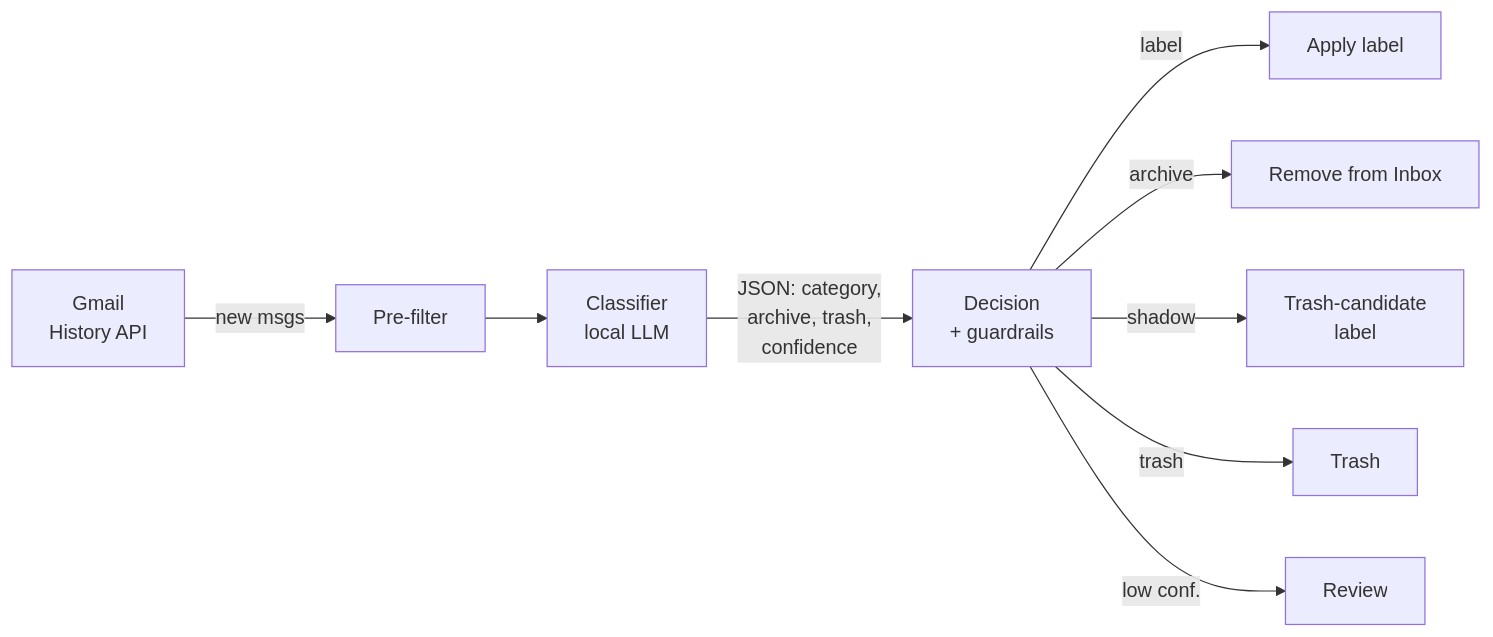
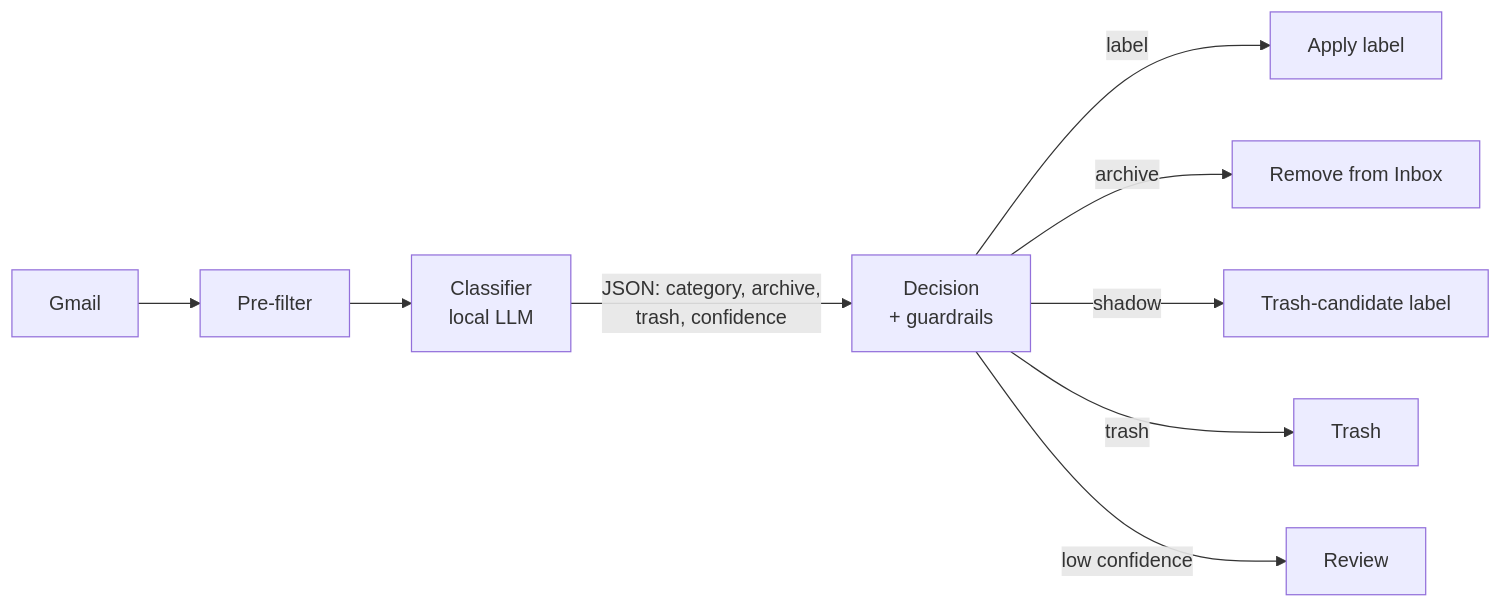
The diagram in README.md (Rhaiderr/polaris), drawn with Mermaid before and after one commit. The commit also changed other lines of this file and 13 other files, not shown here.

````diff
--- a/README.md
+++ b/README.md
@@ -25,11 +103,11 @@
 ```mermaid
 flowchart LR
-    A[Gmail<br/>History API] -->|new msgs| B[Pre-filter]
+    A[Gmail] --> B[Pre-filter]
     B --> C[Classifier<br/>local LLM]
-    C -->|JSON: category,<br/>archive, trash,<br/>confidence| D[Decision<br/>+ guardrails]
+    C -->|JSON: category, archive,<br/>trash, confidence| D[Decision<br/>+ guardrails]
     D -->|label| E[Apply label]
     D -->|archive| F[Remove from Inbox]
-    D -->|shadow| G[Trash-candidate<br/>label]
+    D -->|shadow| G[Trash-candidate label]
     D -->|trash| H[Trash]
-    D -->|low conf.| I[Review]
+    D -->|low confidence| I[Review]
 ```
````
